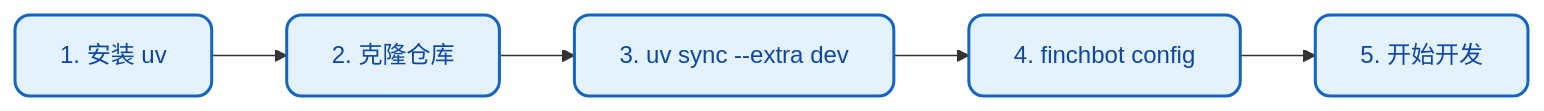
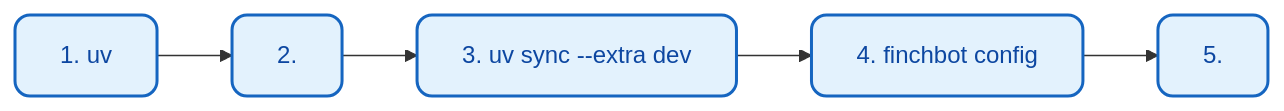
Before and after one commit to xt765/FinchBot: the first of 3 diagrams in docs/zh-CN/development.md, drawn with Mermaid. The commit also changed other lines of this file and 17 other files, not shown here.

````diff
--- a/docs/zh-CN/development.md
+++ b/docs/zh-CN/development.md
@@ -62,9 +62,9 @@
 ```mermaid
 flowchart LR
     classDef step fill:#e3f2fd,stroke:#1565c0,stroke-width:2px,color:#0d47a1,rx:10,ry:10;
 
-    A["1. 安装 uv"]:::step --> B["2. 克隆仓库"]:::step
+    A["1.  uv"]:::step --> B["2. "]:::step
     B --> C["3. uv sync --extra dev"]:::step
     C --> D["4. finchbot config"]:::step
-    D --> E["5. 开始开发"]:::step
+    D --> E["5. "]:::step
 ```
````
